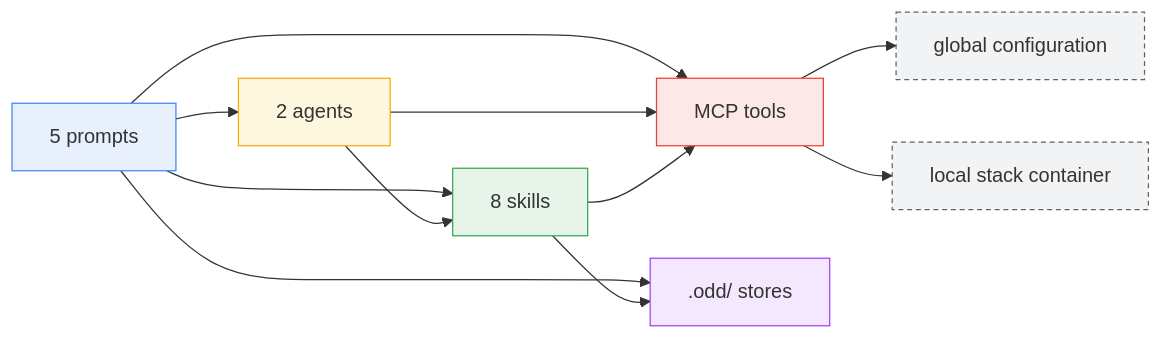
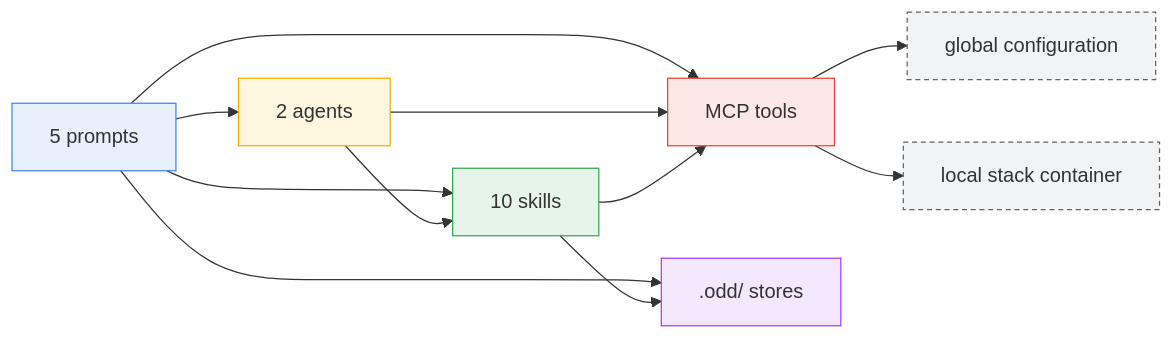
The sixth of 6 diagrams in docs/guide/dependencies.md (using-system/oddyssey), drawn with Mermaid before and after one commit. The commit also changed other lines of this file and 7 other files, not shown here.

````diff
--- a/docs/guide/dependencies.md
+++ b/docs/guide/dependencies.md
@@ -378,26 +414,26 @@
 ```mermaid
 flowchart LR
   P[5 prompts] --> A[2 agents]
-  P --> S[8 skills]
+  P --> S[10 skills]
   A --> S
   P --> M[MCP tools]
   A --> M
   S --> M
   P --> D[".odd/ stores"]
   S --> D
   M --> C["global configuration"]
   M --> K["local stack container"]
 
   classDef prompt fill:#e8f0fe,stroke:#4285f4
   classDef agent fill:#fef7e0,stroke:#f9ab00
   classDef skill fill:#e6f4ea,stroke:#34a853
   classDef mcp fill:#fce8e6,stroke:#ea4335
   classDef store fill:#f3e8fd,stroke:#a142f4
   classDef state fill:#f1f3f4,stroke:#5f6368,stroke-dasharray: 4 3
   class P prompt
   class A agent
   class S skill
   class M mcp
   class D store
   class C,K state
 ```
````
